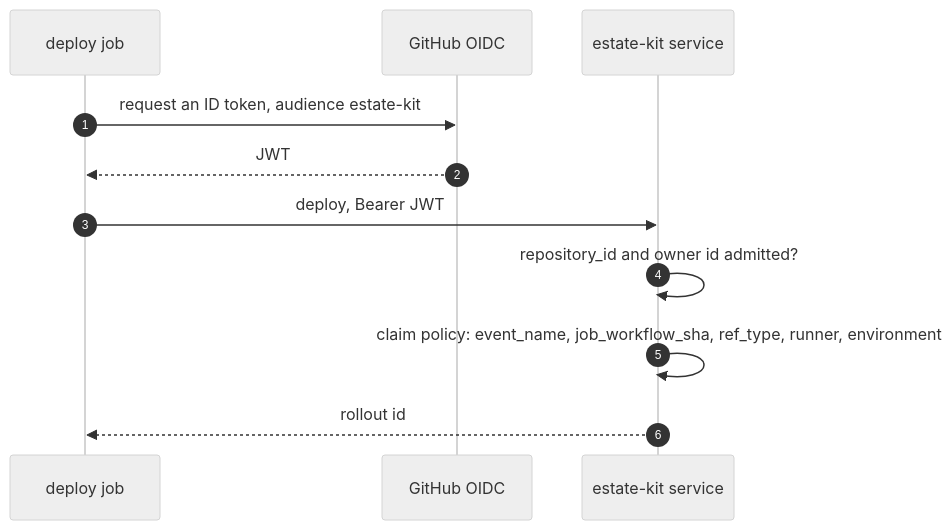
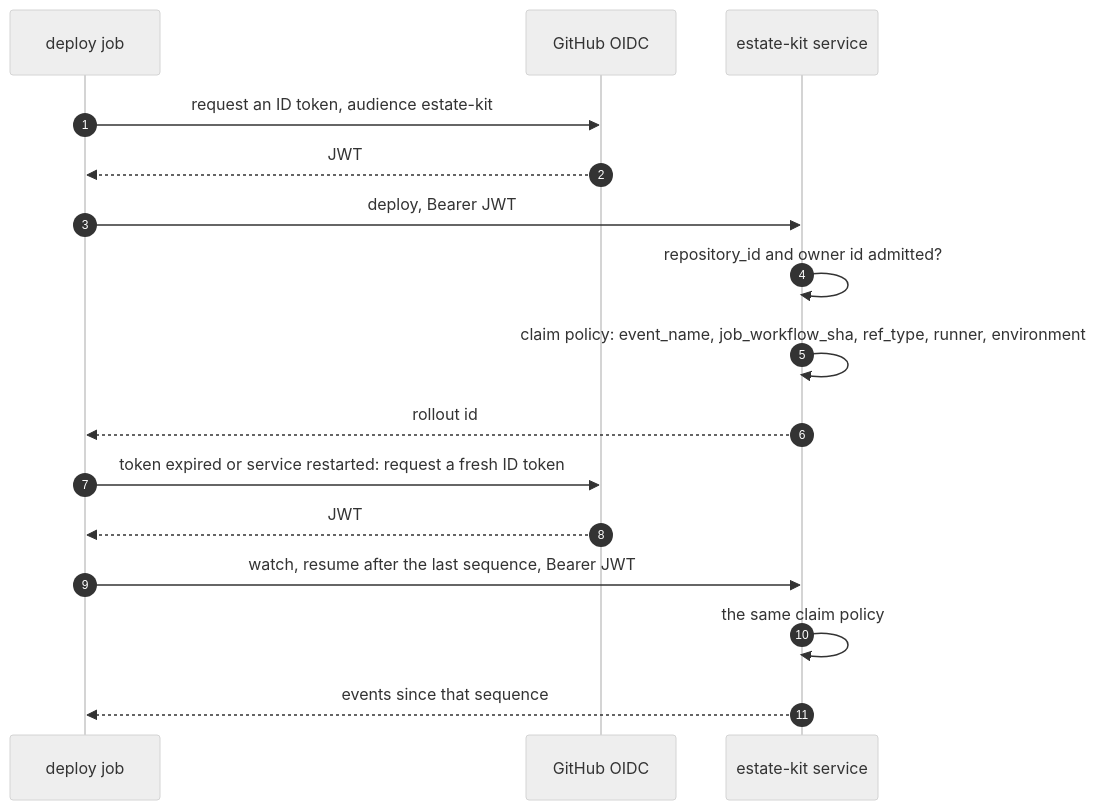
The diagram in docs/diagrams/raw/seq-auth.mmd (JorisJonkers-dev/estate-kit), drawn with Mermaid (neutral theme) before and after one commit. The commit also changed 36 other files, not shown here.

Commit message:
docs: the diagrams agree with the folded records (#135)

```diff
--- a/docs/diagrams/raw/seq-auth.mmd
+++ b/docs/diagrams/raw/seq-auth.mmd
@@ -1,12 +1,17 @@
 %% title: Authenticate a deploy call with a GitHub OIDC token
 sequenceDiagram
     autonumber
     participant CI as deploy job
     participant GO as GitHub OIDC
     participant S as estate-kit service
     CI->>GO: request an ID token, audience estate-kit
     GO-->>CI: JWT
     CI->>S: deploy, Bearer JWT
     S->>S: repository_id and owner id admitted?
     S->>S: claim policy: event_name, job_workflow_sha, ref_type, runner, environment
     S-->>CI: rollout id
+    CI->>GO: token expired or service restarted: request a fresh ID token
+    GO-->>CI: JWT
+    CI->>S: watch, resume after the last sequence, Bearer JWT
+    S->>S: the same claim policy
+    S-->>CI: events since that sequence
```
